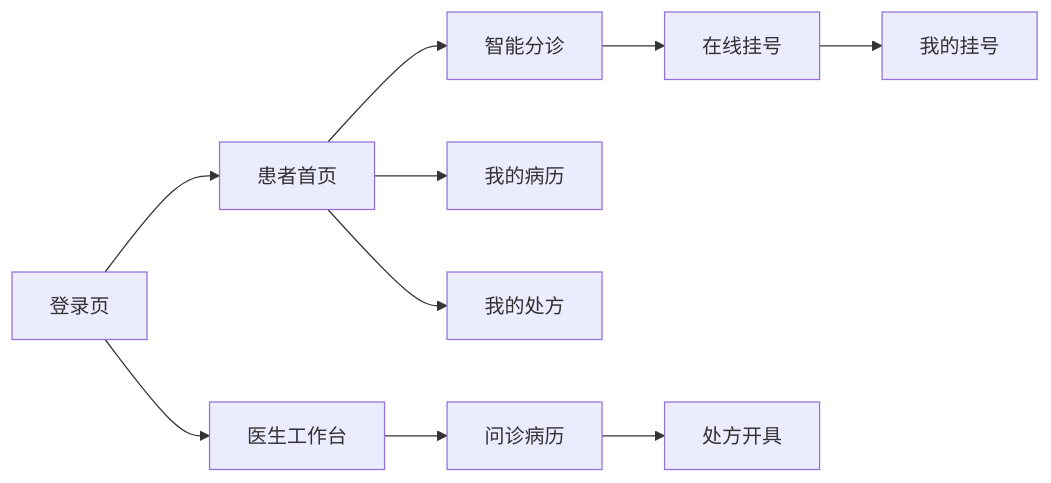
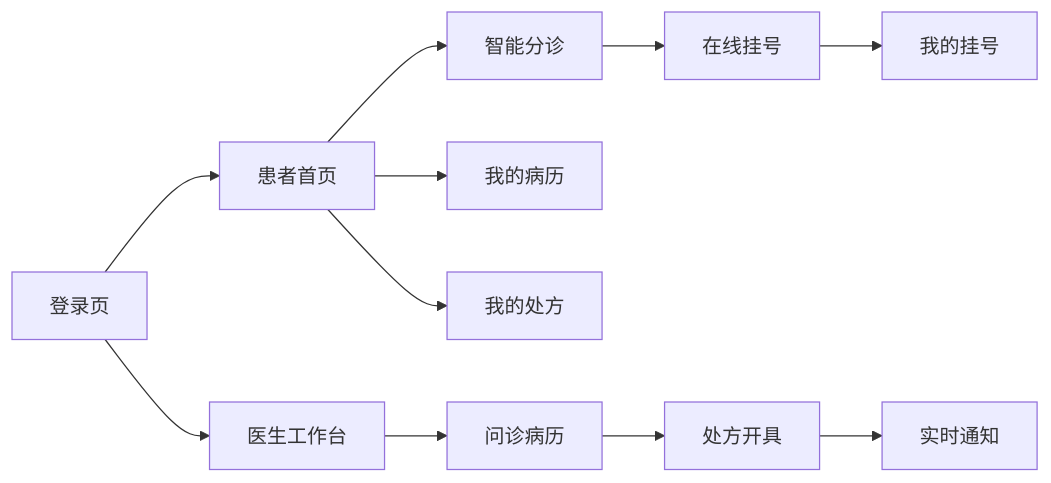
One commit to cloudydreamland/smart_cloud_brain changed the diagram in docs/08-ui-interaction.md. Above: the diagram before and after it, drawn with Mermaid. The commit also changed other lines of this file and 7 other files, not shown here.

````diff
--- a/docs/08-ui-interaction.md
+++ b/docs/08-ui-interaction.md
@@ -21,12 +22,13 @@
 ```mermaid
 flowchart LR
   Login[登录页] --> PatientHome[患者首页]
   Login --> DoctorWorkbench[医生工作台]
   PatientHome --> Triage[智能分诊]
   Triage --> Registration[在线挂号]
   Registration --> MyRegs[我的挂号]
   PatientHome --> MyRecords[我的病历]
   PatientHome --> MyPrescriptions[我的处方]
   DoctorWorkbench --> Record[问诊病历]
   Record --> Prescription[处方开具]
+  Prescription --> Notification[实时通知]
 ```
````
